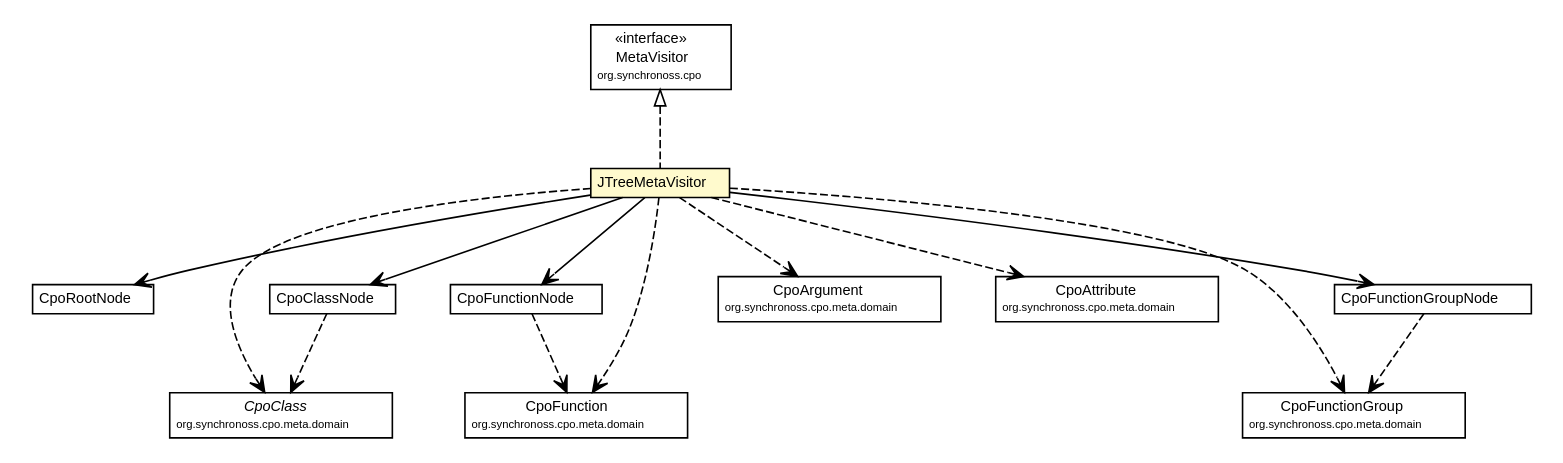
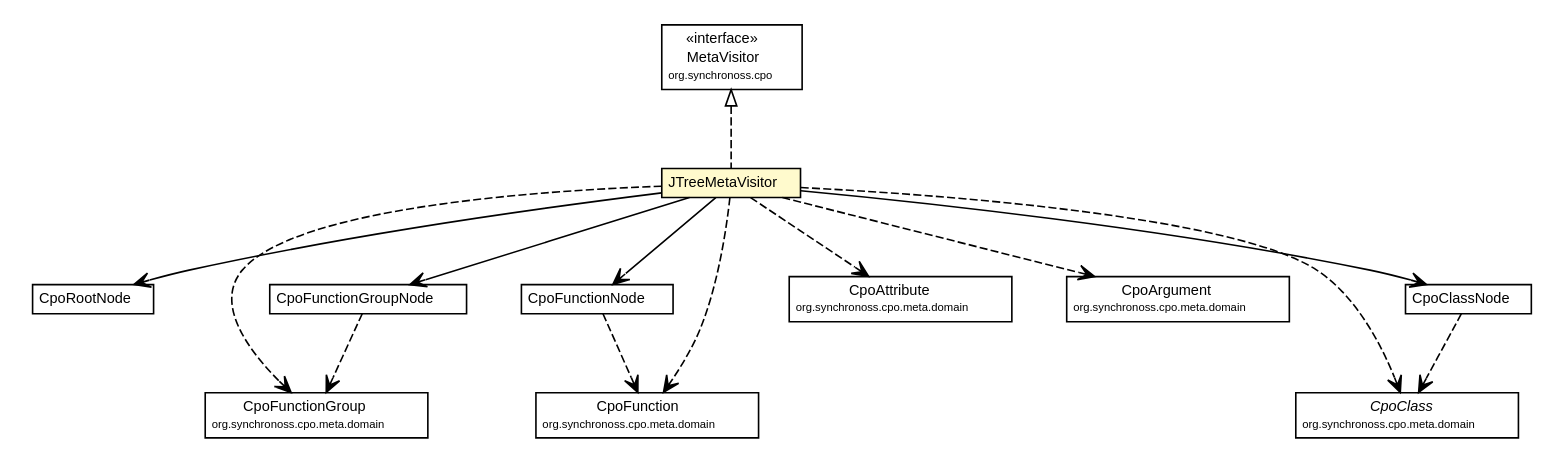
One commit to synchronoss/cpo-util changed the diagram in site/apidocs/org/synchronoss/cpo/util/JTreeMetaVisitor.dot. Above: the diagram before and after it, drawn with Graphviz. The commit also changed 296 other files, not shown here.

Commit message:
Creating site for cpoUtil, 5.1.1-SNAPSHOT

```diff
--- a/site/apidocs/org/synchronoss/cpo/util/JTreeMetaVisitor.dot
+++ b/site/apidocs/org/synchronoss/cpo/util/JTreeMetaVisitor.dot
@@ -1,109 +1,109 @@
 #!/usr/local/bin/dot
 #
 # Class diagram 
 # Generated by UmlGraph version 4.6 (http://www.spinellis.gr/sw/umlgraph)
 #
 
 digraph G {
 	edge [fontname="Helvetica",fontsize=10,labelfontname="Helvetica",labelfontsize=10];
 	node [fontname="Helvetica",fontsize=10,shape=plaintext];
 	// org.synchronoss.cpo.util.JTreeMetaVisitor
 	c1707 [label=<<table border="0" cellborder="1" cellspacing="0" cellpadding="2" port="p" bgcolor="lemonChiffon" href="./JTreeMetaVisitor.html">
 		<tr><td><table border="0" cellspacing="0" cellpadding="1">
 			<tr><td> JTreeMetaVisitor </td></tr>
 		</table></td></tr>
 		</table>>, fontname="Helvetica", fontcolor="black", fontsize=9.0];
 	// org.synchronoss.cpo.util.CpoRootNode
 	c1715 [label=<<table border="0" cellborder="1" cellspacing="0" cellpadding="2" port="p" href="./CpoRootNode.html">
 		<tr><td><table border="0" cellspacing="0" cellpadding="1">
 			<tr><td> CpoRootNode </td></tr>
 		</table></td></tr>
 		</table>>, fontname="Helvetica", fontcolor="black", fontsize=9.0];
 	// org.synchronoss.cpo.util.CpoFunctionNode
 	c1721 [label=<<table border="0" cellborder="1" cellspacing="0" cellpadding="2" port="p" href="./CpoFunctionNode.html">
 		<tr><td><table border="0" cellspacing="0" cellpadding="1">
 			<tr><td> CpoFunctionNode </td></tr>
 		</table></td></tr>
 		</table>>, fontname="Helvetica", fontcolor="black", fontsize=9.0];
 	// org.synchronoss.cpo.util.CpoClassNode
 	c1723 [label=<<table border="0" cellborder="1" cellspacing="0" cellpadding="2" port="p" href="./CpoClassNode.html">
 		<tr><td><table border="0" cellspacing="0" cellpadding="1">
 			<tr><td> CpoClassNode </td></tr>
 		</table></td></tr>
 		</table>>, fontname="Helvetica", fontcolor="black", fontsize=9.0];
 	// org.synchronoss.cpo.util.CpoFunctionGroupNode
 	c1728 [label=<<table border="0" cellborder="1" cellspacing="0" cellpadding="2" port="p" href="./CpoFunctionGroupNode.html">
 		<tr><td><table border="0" cellspacing="0" cellpadding="1">
 			<tr><td> CpoFunctionGroupNode </td></tr>
 		</table></td></tr>
 		</table>>, fontname="Helvetica", fontcolor="black", fontsize=9.0];
 	//org.synchronoss.cpo.util.JTreeMetaVisitor implements org.synchronoss.cpo.MetaVisitor
 	c1764:p -> c1707:p [dir=back,arrowtail=empty,style=dashed];
 	// org.synchronoss.cpo.util.JTreeMetaVisitor NAVASSOC org.synchronoss.cpo.util.CpoRootNode
 	c1707:p -> c1715:p [taillabel="", label="", headlabel="", fontname="Helvetica", fontcolor="black", fontsize=10.0, color="black", arrowhead=open];
 	// org.synchronoss.cpo.util.JTreeMetaVisitor NAVASSOC org.synchronoss.cpo.util.CpoClassNode
 	c1707:p -> c1723:p [taillabel="", label="", headlabel="", fontname="Helvetica", fontcolor="black", fontsize=10.0, color="black", arrowhead=open];
 	// org.synchronoss.cpo.util.JTreeMetaVisitor NAVASSOC org.synchronoss.cpo.util.CpoFunctionGroupNode
 	c1707:p -> c1728:p [taillabel="", label="", headlabel="", fontname="Helvetica", fontcolor="black", fontsize=10.0, color="black", arrowhead=open];
 	// org.synchronoss.cpo.util.JTreeMetaVisitor NAVASSOC org.synchronoss.cpo.util.CpoFunctionNode
 	c1707:p -> c1721:p [taillabel="", label="", headlabel="", fontname="Helvetica", fontcolor="black", fontsize=10.0, color="black", arrowhead=open];
-	// org.synchronoss.cpo.util.JTreeMetaVisitor DEPEND org.synchronoss.cpo.meta.domain.CpoClass
-	c1707:p -> c1765:p [taillabel="", label="", headlabel="", fontname="Helvetica", fontcolor="black", fontsize=10.0, color="black", arrowhead=open, style=dashed];
-	// org.synchronoss.cpo.util.JTreeMetaVisitor DEPEND org.synchronoss.cpo.meta.domain.CpoArgument
+	// org.synchronoss.cpo.util.JTreeMetaVisitor DEPEND org.synchronoss.cpo.meta.domain.CpoFunctionGroup
 	c1707:p -> c1766:p [taillabel="", label="", headlabel="", fontname="Helvetica", fontcolor="black", fontsize=10.0, color="black", arrowhead=open, style=dashed];
 	// org.synchronoss.cpo.util.JTreeMetaVisitor DEPEND org.synchronoss.cpo.meta.domain.CpoAttribute
 	c1707:p -> c1767:p [taillabel="", label="", headlabel="", fontname="Helvetica", fontcolor="black", fontsize=10.0, color="black", arrowhead=open, style=dashed];
+	// org.synchronoss.cpo.util.JTreeMetaVisitor DEPEND org.synchronoss.cpo.meta.domain.CpoArgument
+	c1707:p -> c1768:p [taillabel="", label="", headlabel="", fontname="Helvetica", fontcolor="black", fontsize=10.0, color="black", arrowhead=open, style=dashed];
+	// org.synchronoss.cpo.util.JTreeMetaVisitor DEPEND org.synchronoss.cpo.meta.domain.CpoClass
+	c1707:p -> c1769:p [taillabel="", label="", headlabel="", fontname="Helvetica", fontcolor="black", fontsize=10.0, color="black", arrowhead=open, style=dashed];
 	// org.synchronoss.cpo.util.JTreeMetaVisitor DEPEND org.synchronoss.cpo.meta.domain.CpoFunction
-	c1707:p -> c1768:p [taillabel="", label="", headlabel="", fontname="Helvetica", fontcolor="black", fontsize=10.0, color="black", arrowhead=open, style=dashed];
-	// org.synchronoss.cpo.util.JTreeMetaVisitor DEPEND org.synchronoss.cpo.meta.domain.CpoFunctionGroup
 	c1707:p -> c1770:p [taillabel="", label="", headlabel="", fontname="Helvetica", fontcolor="black", fontsize=10.0, color="black", arrowhead=open, style=dashed];
 	// org.synchronoss.cpo.util.CpoFunctionNode DEPEND org.synchronoss.cpo.meta.domain.CpoFunction
-	c1721:p -> c1768:p [taillabel="", label="", headlabel="", fontname="Helvetica", fontcolor="black", fontsize=10.0, color="black", arrowhead=open, style=dashed];
+	c1721:p -> c1770:p [taillabel="", label="", headlabel="", fontname="Helvetica", fontcolor="black", fontsize=10.0, color="black", arrowhead=open, style=dashed];
 	// org.synchronoss.cpo.util.CpoClassNode DEPEND org.synchronoss.cpo.meta.domain.CpoClass
-	c1723:p -> c1765:p [taillabel="", label="", headlabel="", fontname="Helvetica", fontcolor="black", fontsize=10.0, color="black", arrowhead=open, style=dashed];
+	c1723:p -> c1769:p [taillabel="", label="", headlabel="", fontname="Helvetica", fontcolor="black", fontsize=10.0, color="black", arrowhead=open, style=dashed];
 	// org.synchronoss.cpo.util.CpoFunctionGroupNode DEPEND org.synchronoss.cpo.meta.domain.CpoFunctionGroup
-	c1728:p -> c1770:p [taillabel="", label="", headlabel="", fontname="Helvetica", fontcolor="black", fontsize=10.0, color="black", arrowhead=open, style=dashed];
+	c1728:p -> c1766:p [taillabel="", label="", headlabel="", fontname="Helvetica", fontcolor="black", fontsize=10.0, color="black", arrowhead=open, style=dashed];
 	// org.synchronoss.cpo.meta.domain.CpoClass
-	c1765 [label=<<table border="0" cellborder="1" cellspacing="0" cellpadding="2" port="p" href="http://java.sun.com/j2se/1.4.2/docs/api/org/synchronoss/cpo/meta/domain/CpoClass.html">
+	c1769 [label=<<table border="0" cellborder="1" cellspacing="0" cellpadding="2" port="p" href="http://java.sun.com/j2se/1.4.2/docs/api/org/synchronoss/cpo/meta/domain/CpoClass.html">
 		<tr><td><table border="0" cellspacing="0" cellpadding="1">
 			<tr><td><font face="Helvetica-Oblique"> CpoClass </font></td></tr>
 			<tr><td><font point-size="7.0"> org.synchronoss.cpo.meta.domain </font></td></tr>
 		</table></td></tr>
 		</table>>, fontname="Helvetica", fontcolor="black", fontsize=9.0];
 	// org.synchronoss.cpo.meta.domain.CpoArgument
-	c1766 [label=<<table border="0" cellborder="1" cellspacing="0" cellpadding="2" port="p" href="http://java.sun.com/j2se/1.4.2/docs/api/org/synchronoss/cpo/meta/domain/CpoArgument.html">
+	c1768 [label=<<table border="0" cellborder="1" cellspacing="0" cellpadding="2" port="p" href="http://java.sun.com/j2se/1.4.2/docs/api/org/synchronoss/cpo/meta/domain/CpoArgument.html">
 		<tr><td><table border="0" cellspacing="0" cellpadding="1">
 			<tr><td> CpoArgument </td></tr>
 			<tr><td><font point-size="7.0"> org.synchronoss.cpo.meta.domain </font></td></tr>
 		</table></td></tr>
 		</table>>, fontname="Helvetica", fontcolor="black", fontsize=9.0];
 	// org.synchronoss.cpo.meta.domain.CpoAttribute
 	c1767 [label=<<table border="0" cellborder="1" cellspacing="0" cellpadding="2" port="p" href="http://java.sun.com/j2se/1.4.2/docs/api/org/synchronoss/cpo/meta/domain/CpoAttribute.html">
 		<tr><td><table border="0" cellspacing="0" cellpadding="1">
 			<tr><td> CpoAttribute </td></tr>
 			<tr><td><font point-size="7.0"> org.synchronoss.cpo.meta.domain </font></td></tr>
 		</table></td></tr>
 		</table>>, fontname="Helvetica", fontcolor="black", fontsize=9.0];
 	// org.synchronoss.cpo.meta.domain.CpoFunction
-	c1768 [label=<<table border="0" cellborder="1" cellspacing="0" cellpadding="2" port="p" href="http://java.sun.com/j2se/1.4.2/docs/api/org/synchronoss/cpo/meta/domain/CpoFunction.html">
+	c1770 [label=<<table border="0" cellborder="1" cellspacing="0" cellpadding="2" port="p" href="http://java.sun.com/j2se/1.4.2/docs/api/org/synchronoss/cpo/meta/domain/CpoFunction.html">
 		<tr><td><table border="0" cellspacing="0" cellpadding="1">
 			<tr><td> CpoFunction </td></tr>
 			<tr><td><font point-size="7.0"> org.synchronoss.cpo.meta.domain </font></td></tr>
 		</table></td></tr>
 		</table>>, fontname="Helvetica", fontcolor="black", fontsize=9.0];
 	// org.synchronoss.cpo.meta.domain.CpoFunctionGroup
-	c1770 [label=<<table border="0" cellborder="1" cellspacing="0" cellpadding="2" port="p" href="http://java.sun.com/j2se/1.4.2/docs/api/org/synchronoss/cpo/meta/domain/CpoFunctionGroup.html">
+	c1766 [label=<<table border="0" cellborder="1" cellspacing="0" cellpadding="2" port="p" href="http://java.sun.com/j2se/1.4.2/docs/api/org/synchronoss/cpo/meta/domain/CpoFunctionGroup.html">
 		<tr><td><table border="0" cellspacing="0" cellpadding="1">
 			<tr><td> CpoFunctionGroup </td></tr>
 			<tr><td><font point-size="7.0"> org.synchronoss.cpo.meta.domain </font></td></tr>
 		</table></td></tr>
 		</table>>, fontname="Helvetica", fontcolor="black", fontsize=9.0];
 	// org.synchronoss.cpo.MetaVisitor
 	c1764 [label=<<table border="0" cellborder="1" cellspacing="0" cellpadding="2" port="p" href="http://java.sun.com/j2se/1.4.2/docs/api/org/synchronoss/cpo/MetaVisitor.html">
 		<tr><td><table border="0" cellspacing="0" cellpadding="1">
 			<tr><td> &laquo;interface&raquo; </td></tr>
 			<tr><td> MetaVisitor </td></tr>
 			<tr><td><font point-size="7.0"> org.synchronoss.cpo </font></td></tr>
 		</table></td></tr>
 		</table>>, fontname="Helvetica", fontcolor="black", fontsize=9.0];
 }
```
